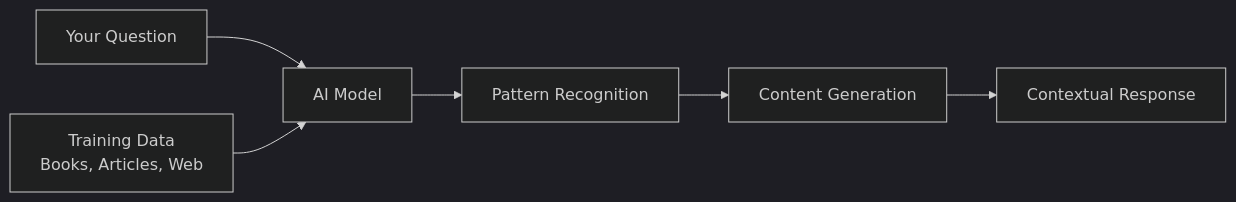
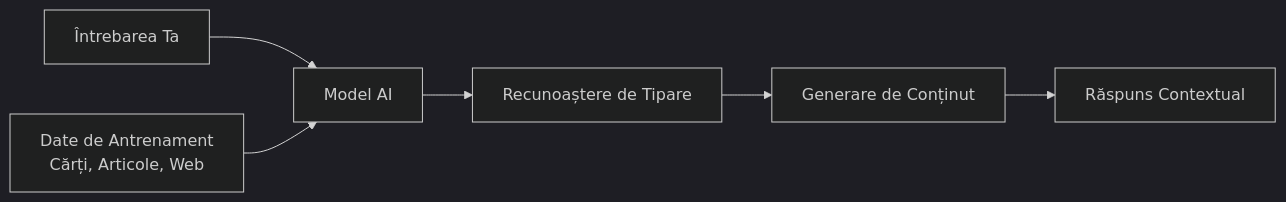
Before and after one commit to microsoft/Web-Dev-For-Beginners: the third of 14 diagrams in translations/ro/9-chat-project/README.md, drawn with Mermaid (dark theme). The commit also changed other lines of this file and 99 other files, not shown here.

````diff
--- a/translations/ro/9-chat-project/README.md
+++ b/translations/ro/9-chat-project/README.md
@@ -43,9 +104,9 @@
 ```mermaid
 graph LR
-    A[Your Question] --> B[AI Model]
-    B --> C[Pattern Recognition]
-    C --> D[Content Generation]
-    D --> E[Contextual Response]
+    A[Întrebarea Ta] --> B[Model AI]
+    B --> C[Recunoaștere de Tipare]
+    C --> D[Generare de Conținut]
+    D --> E[Răspuns Contextual]
     
-    F[Training Data<br/>Books, Articles, Web] --> B
+    F[Date de Antrenament<br/>Cărți, Articole, Web] --> B
 ```
````
